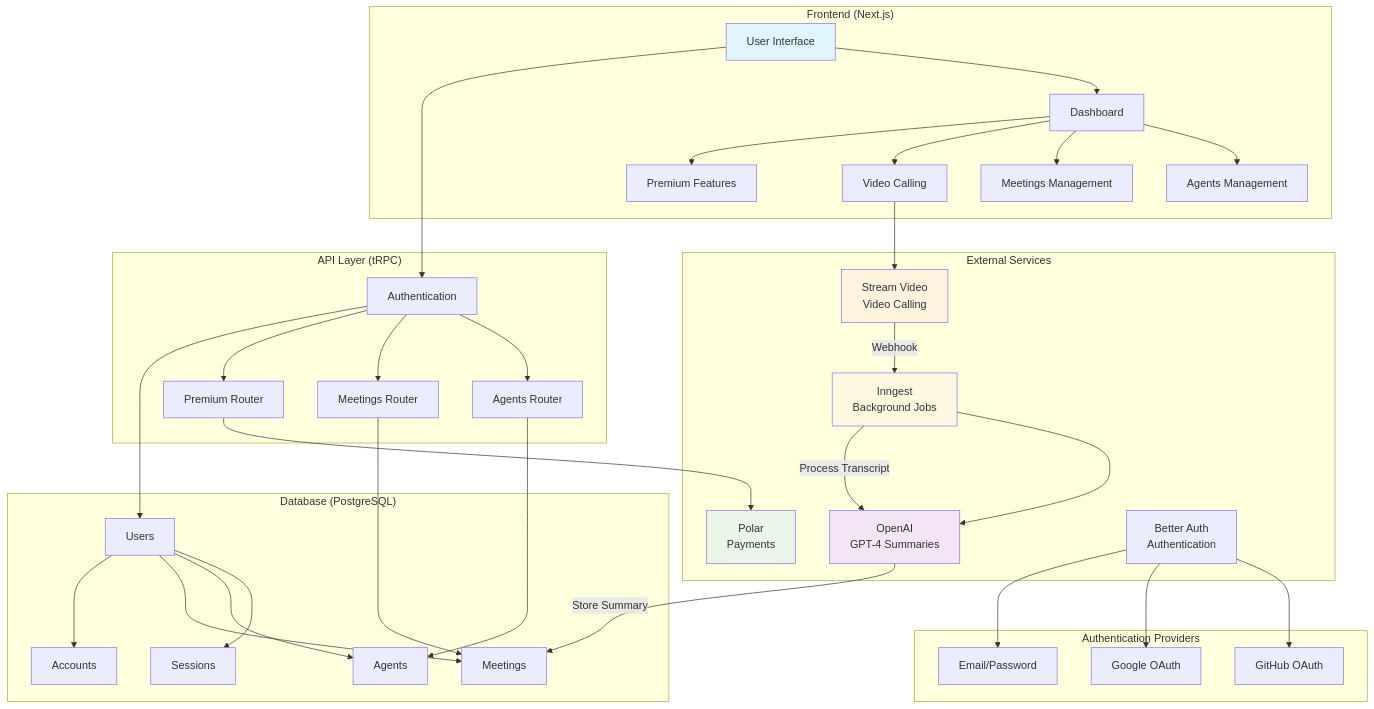
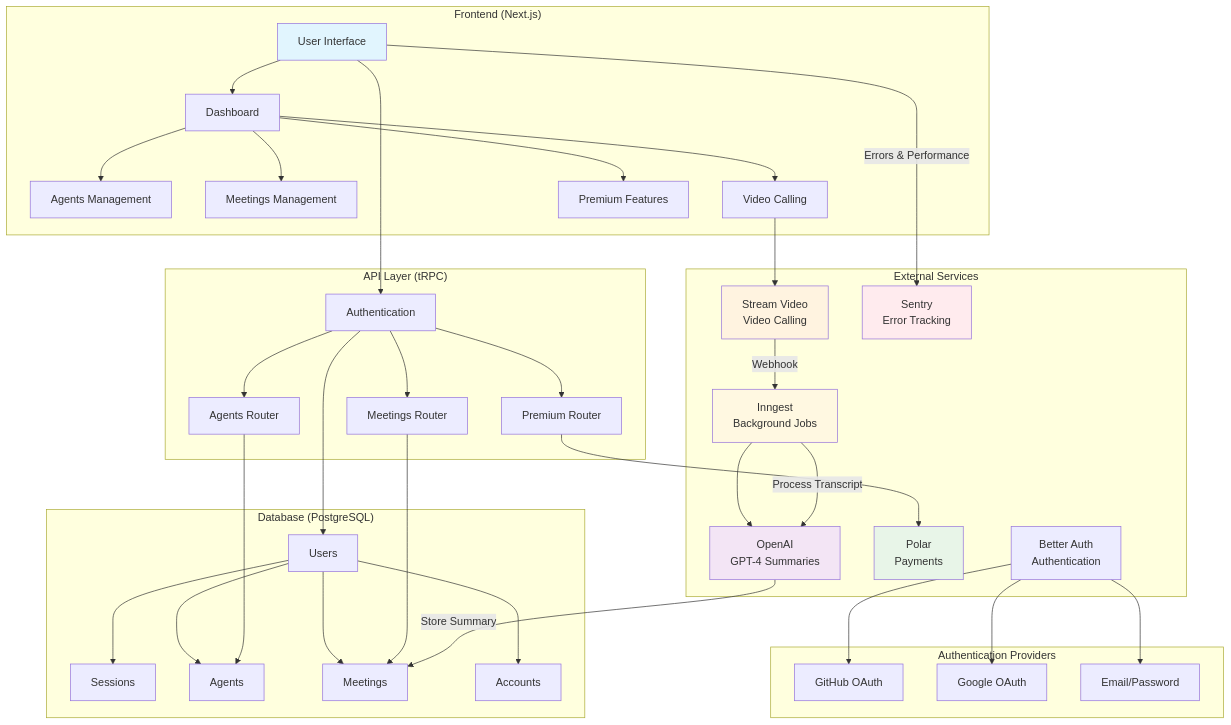
Before and after one commit to levinbaenninger/meetique: the diagram in docs/architecture.md, drawn with Mermaid. The commit also changed 14 other files, not shown here.

````diff
--- a/docs/architecture.md
+++ b/docs/architecture.md
@@ -3,59 +3,62 @@
 ```mermaid
 flowchart TB
     subgraph "Frontend (Next.js)"
         A[User Interface] --> B[Dashboard]
         B --> C[Agents Management]
         B --> D[Meetings Management]
         B --> E[Video Calling]
         B --> F[Premium Features]
     end
 
     subgraph "API Layer (tRPC)"
         G[Authentication] --> H[Agents Router]
         G --> I[Meetings Router]
         G --> J[Premium Router]
     end
 
     subgraph "Database (PostgreSQL)"
         K[Users] --> L[Sessions]
         K --> M[Agents]
         K --> N[Meetings]
         K --> O[Accounts]
     end
 
     subgraph "External Services"
         P[Stream Video<br/>Video Calling]
         Q[OpenAI<br/>GPT-4 Summaries]
         R[Polar<br/>Payments]
         S[Better Auth<br/>Authentication]
         T[Inngest<br/>Background Jobs]
+        X[Sentry<br/>Error Tracking]
     end
 
     subgraph "Authentication Providers"
         U[GitHub OAuth]
         V[Google OAuth]
         W[Email/Password]
     end
 
     A --> G
     G --> K
     H --> M
     I --> N
     J --> R
 
     E --> P
     T --> Q
     S --> U
     S --> V
     S --> W
 
     P --> |Webhook| T
     T --> |Process Transcript| Q
     Q --> |Store Summary| N
+    A --> |Errors & Performance| X
 
     style A fill:#e1f5fe
     style P fill:#fff3e0
     style Q fill:#f3e5f5
     style R fill:#e8f5e8
     style T fill:#fff8e1
+    style X fill:#ffebee
 ```
````
